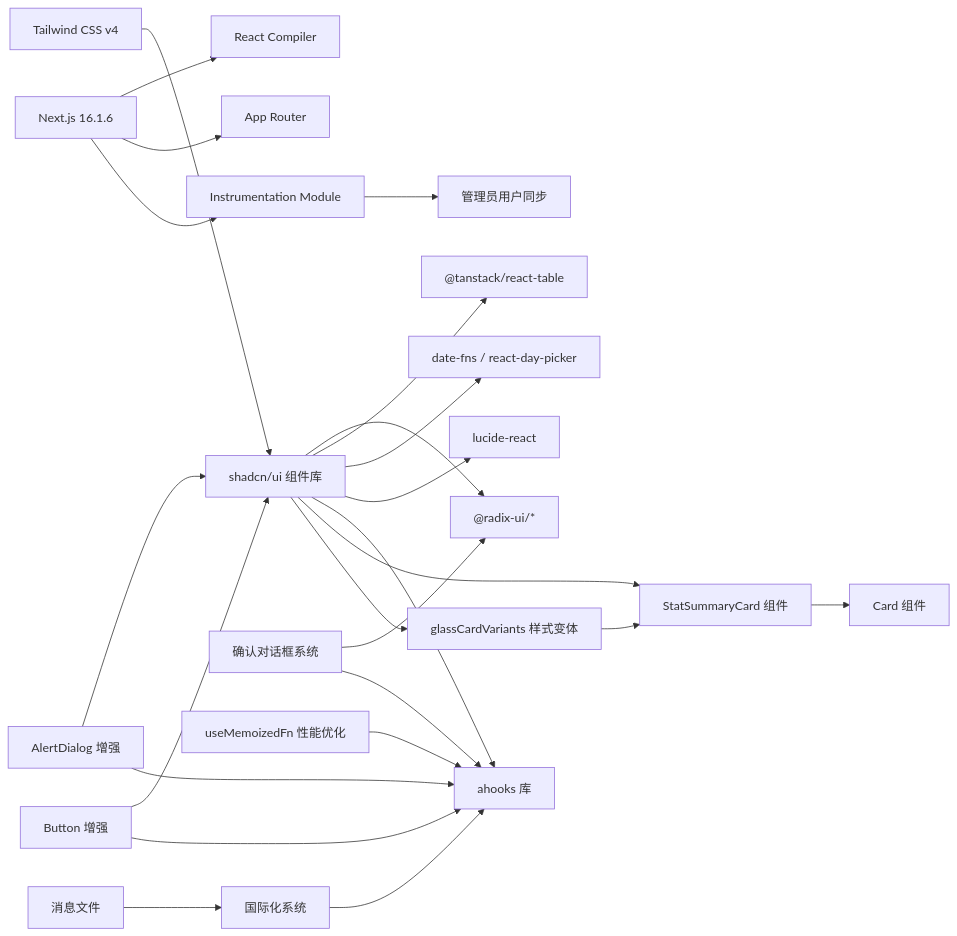
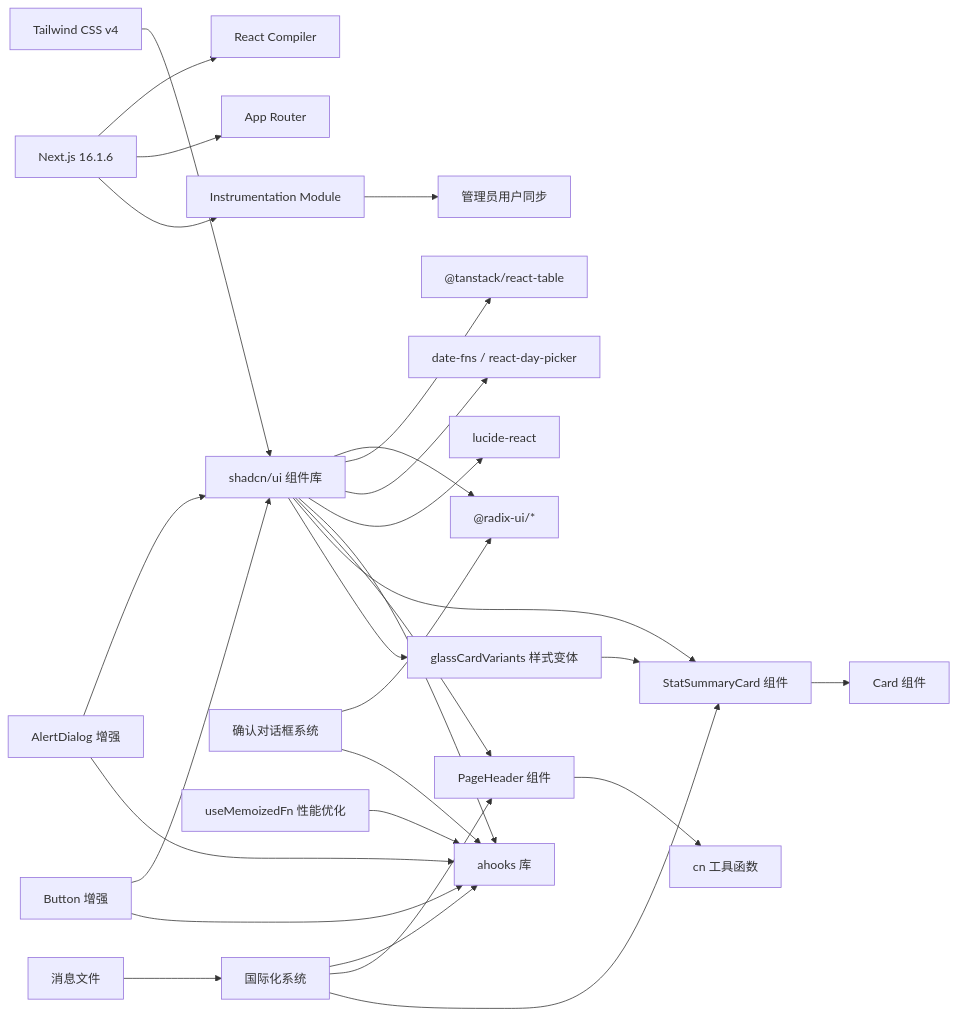
One commit to RadiumAg/AIGate changed the tenth of 10 diagrams in .qoder/repowiki/zh/content/前端组件/前端组件.md. Above: the diagram before and after it, drawn with Mermaid. The commit also changed other lines of this file and 4 other files, not shown here.

````diff
--- a/.qoder/repowiki/zh/content/前端组件/前端组件.md
+++ b/.qoder/repowiki/zh/content/前端组件/前端组件.md
@@ -770,26 +917,30 @@
 ```mermaid
 graph LR
 N["Next.js 16.1.6"] --> R["React Compiler"]
 N --> APP["App Router"]
 N --> INST["Instrumentation Module"]
 TW["Tailwind CSS v4"] --> UI["shadcn/ui 组件库"]
 UI --> RADIX["@radix-ui/*"]
 UI --> TABLE["@tanstack/react-table"]
 UI --> DATE["date-fns / react-day-picker"]
 UI --> ICON["lucide-react"]
 UI --> AH["ahooks 库"]
+UI --> PH["PageHeader 组件"]
 UI --> SSC["StatSummaryCard 组件"]
 UI --> GCV["glassCardVariants 样式变体"]
 CONF["确认对话框系统"] --> RADIX
 CONF --> AH
 ALERT["AlertDialog 增强"] --> UI
 ALERT --> AH
 BUTTON["Button 增强"] --> UI
 BUTTON --> AH
 UMF["useMemoizedFn 性能优化"] --> AH
 I18N["国际化系统"] --> AH
+I18N --> PH
+I18N --> SSC
 INST --> INIT["管理员用户同步"]
 MSG["消息文件"] --> I18N
+PH --> CN["cn 工具函数"]
 SSC --> CAR["Card 组件"]
 GCV --> SSC
 ```
````
